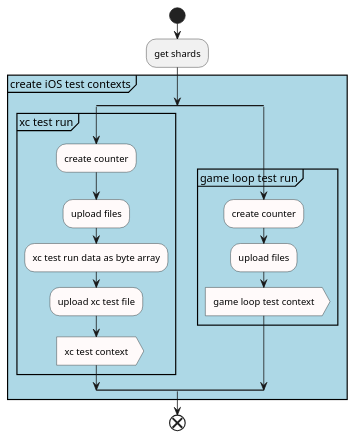
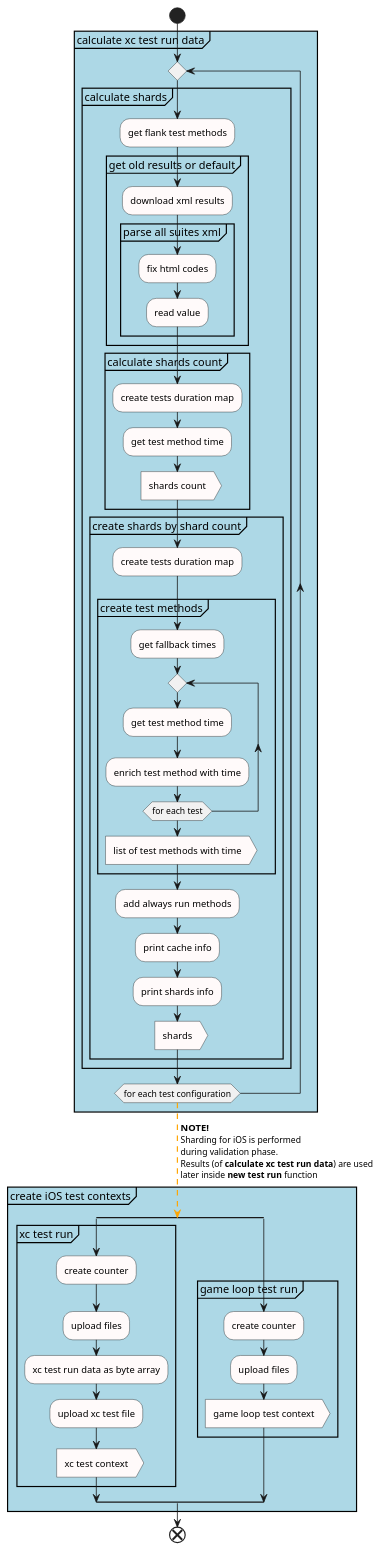
The diagram in docs/refactor/flank_run/flank_ios_sharding_diagram.puml (Flank/flank), drawn with PlantUML before and after one commit. The commit also changed 1 other file, not shown here.

Commit message:
Update iOS sharding

```diff
--- a/docs/refactor/flank_run/flank_ios_sharding_diagram.puml
+++ b/docs/refactor/flank_run/flank_ios_sharding_diagram.puml
@@ -1,26 +1,64 @@
 @startuml
 'https://plantuml.com/activity-diagram-beta
 
 start
 skinparam ConditionEndStyle hline
-:get shards;
+partition "calculate xc test run data" #LightBlue {
+  repeat
+    partition "calculate shards" #LightBlue {
+      #snow :get flank test methods;
+      partition "get old results or default" #LightBlue {
+        #snow :download xml results;
+        partition "parse all suites xml" #LightBlue {
+          #snow :fix html codes;
+          #snow :read value;
+        }
+      }
+      partition "calculate shards count" #LightBlue {
+        #snow :create tests duration map;
+        #snow :get test method time;
+        #snow :shards count>
+      }
+      partition "create shards by shard count" #LightBlue {
+        #snow :create tests duration map;
+        partition "create test methods" #LightBlue {
+          #snow :get fallback times;
+          repeat
+            #snow :get test method time;
+            #snow :enrich test method with time;
+          repeat while (for each test)
+          #snow :list of test methods with time>
+        }
+        #snow :add always run methods;
+        #snow :print cache info;
+        #snow :print shards info;
+        #snow :shards>
+      }
+    }
+  repeat while (for each test configuration)
+}
+-[#orange,dashed]-> === NOTE!
+Sharding for iOS is performed
+during validation phase.
+Results (of **calculate xc test run data**) are used
+later inside **new test run** function;
 partition "create iOS test contexts" #LightBlue {
   split
   partition "xc test run" #LightBlue {
     #snow :create counter;
     #snow :upload files;
     #snow :xc test run data as byte array;
     #snow :upload xc test file;
     #snow :xc test context>
   }
   split again
   partition "game loop test run" #LightBlue {
     #snow :create counter;
     #snow :upload files;
     #snow :game loop test context>
   }
   end split
 }
 end
 
 @enduml
```
